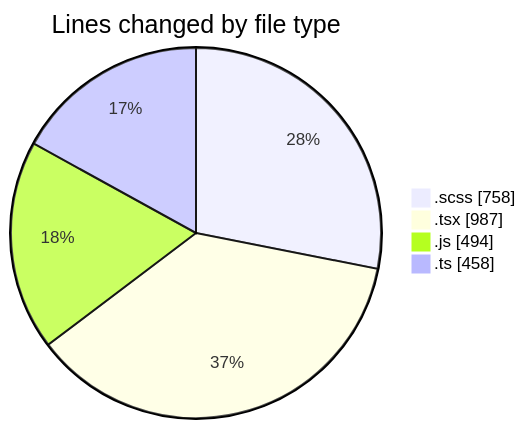
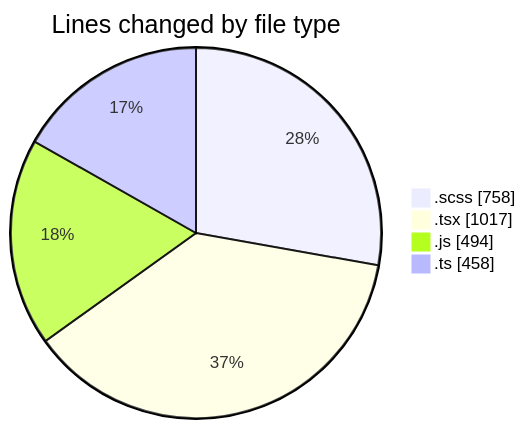
The first of 2 diagrams in 2025-03-14/cda/README.md (momahboobian/code-tracking), drawn with Mermaid before and after one commit. The commit also changed other lines of this file and 1 other file, not shown here.

````diff
--- a/2025-03-14/cda/README.md
+++ b/2025-03-14/cda/README.md
@@ -34,8 +34,8 @@
 ```mermaid
 pie showData
 title Lines changed by file type
 ".scss" : 758
-".tsx" : 987
+".tsx" : 1017
 ".js" : 494
 ".ts" : 458
 ```
````
